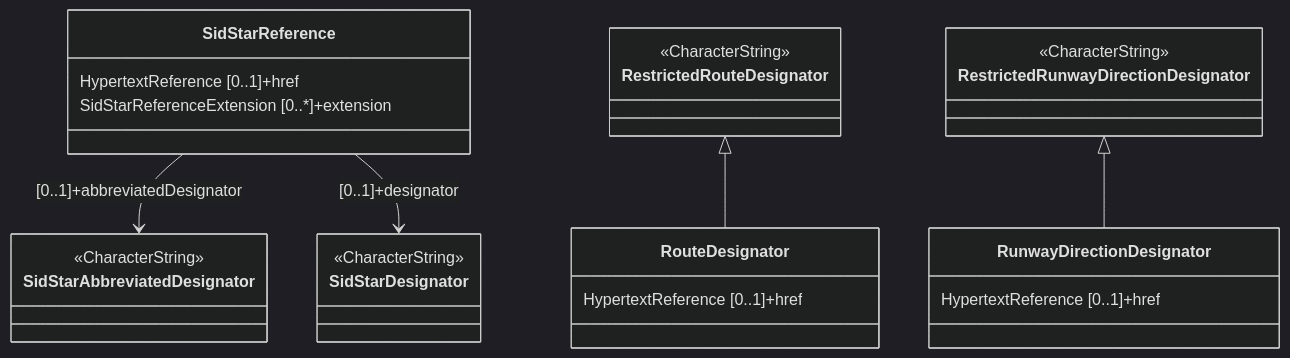
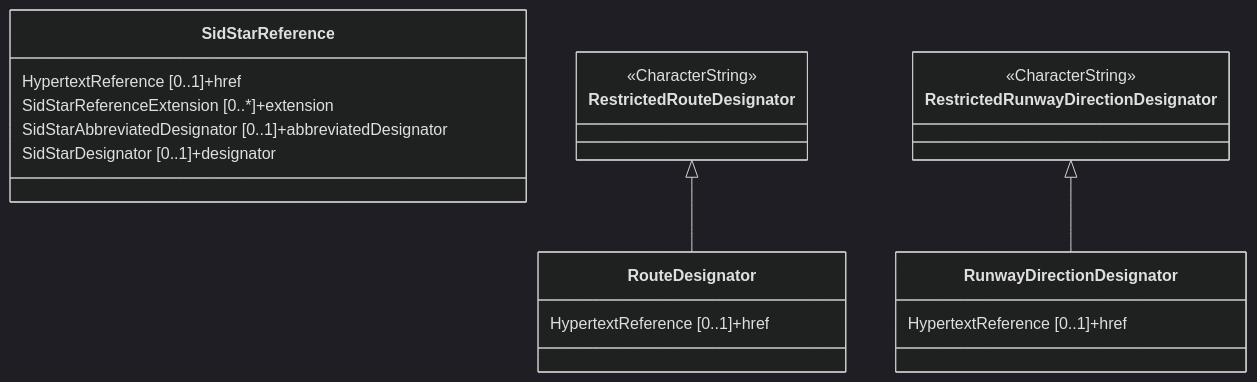
The second of 28 diagrams in docs/fixm/FIXM_UML_in_mermaid.md (hlepori/test_docsify), drawn with Mermaid (dark theme) before and after one commit. The commit also changed other lines of this file, not shown here.

````diff
--- a/docs/fixm/FIXM_UML_in_mermaid.md
+++ b/docs/fixm/FIXM_UML_in_mermaid.md
@@ -62,29 +47,23 @@
 ```mermaid
 classDiagram
 class SidStarReference
 SidStarReference : HypertextReference [0..1]+href
 SidStarReference : SidStarReferenceExtension [0..*]+extension
-SidStarReference --> SidStarAbbreviatedDesignator : [0..1]+abbreviatedDesignator
-SidStarReference --> SidStarDesignator : [0..1]+designator
+SidStarReference : SidStarAbbreviatedDesignator [0..1]+abbreviatedDesignator
+SidStarReference : SidStarDesignator [0..1]+designator
 link SidStarReference "https://www.fixm.aero/releases/FIXM-4.2.0/doc/schema_documentation/Fixm_SidStarReferenceType.html" "Go to XML definition"
 class RestrictedRouteDesignator
 link RestrictedRouteDesignator "https://www.fixm.aero/releases/FIXM-4.2.0/doc/schema_documentation/Fixm_RestrictedRouteDesignatorType.html" "Go to XML definition"
-class SidStarAbbreviatedDesignator
-link SidStarAbbreviatedDesignator "https://www.fixm.aero/releases/FIXM-4.2.0/doc/schema_documentation/Fixm_SidStarAbbreviatedDesignatorType.html" "Go to XML definition"
-class SidStarDesignator
-link SidStarDesignator "https://www.fixm.aero/releases/FIXM-4.2.0/doc/schema_documentation/Fixm_SidStarDesignatorType.html" "Go to XML definition"
 class RouteDesignator
 RouteDesignator : HypertextReference [0..1]+href
 link RouteDesignator "https://www.fixm.aero/releases/FIXM-4.2.0/doc/schema_documentation/Fixm_RouteDesignatorType.html" "Go to XML definition"
 class RestrictedRunwayDirectionDesignator
 link RestrictedRunwayDirectionDesignator "https://www.fixm.aero/releases/FIXM-4.2.0/doc/schema_documentation/Fixm_RestrictedRunwayDirectionDesignatorType.html" "Go to XML definition"
 class RunwayDirectionDesignator
 RunwayDirectionDesignator : HypertextReference [0..1]+href
 link RunwayDirectionDesignator "https://www.fixm.aero/releases/FIXM-4.2.0/doc/schema_documentation/Fixm_RunwayDirectionDesignatorType.html" "Go to XML definition"
 <<CharacterString>>RestrictedRouteDesignator
-<<CharacterString>>SidStarAbbreviatedDesignator
-<<CharacterString>>SidStarDesignator
 RestrictedRouteDesignator <|-- RouteDesignator
 <<CharacterString>>RestrictedRunwayDirectionDesignator
 RestrictedRunwayDirectionDesignator <|-- RunwayDirectionDesignator
 ```
````
